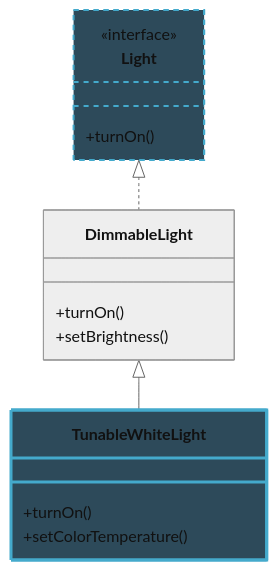
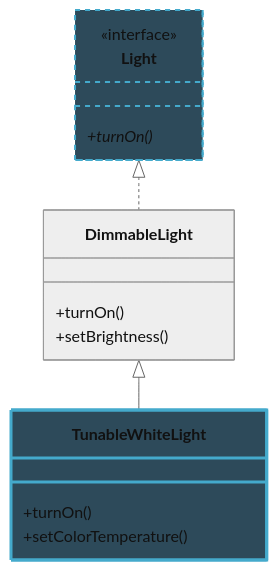
Diagram 16 of 22 in lecture-slides-spertus/l2-inheritance-polymorphism.mdx (neu-pdi/cs3100-public-resources), drawn with Mermaid (neutral theme) before and after one commit. The commit also changed other lines of this file and 4 other files, not shown here.

````diff
--- a/lecture-slides-spertus/l2-inheritance-polymorphism.mdx
+++ b/lecture-slides-spertus/l2-inheritance-polymorphism.mdx
@@ -1408,19 +1735,19 @@
 ```mermaid
 classDiagram
     class Light {
         <<interface>>
-        +turnOn()
+        +turnOn()*
     }
     class DimmableLight {
         +turnOn()
         +setBrightness()
     }
     class TunableWhiteLight {
         +turnOn()
         +setColorTemperature()
     }
     Light <|.. DimmableLight
     DimmableLight <|-- TunableWhiteLight
     style Light fill:#2d4a5a,stroke:#4ac,stroke-width:2px,stroke-dasharray: 5 5
     style TunableWhiteLight fill:#2d4a5a,stroke:#4ac,stroke-width:3px
 ```
````
